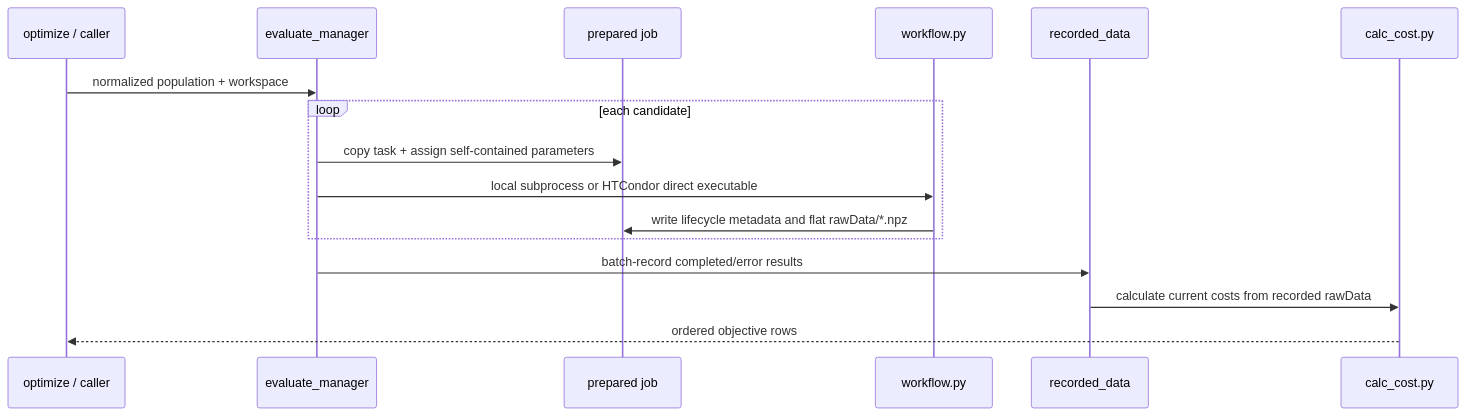
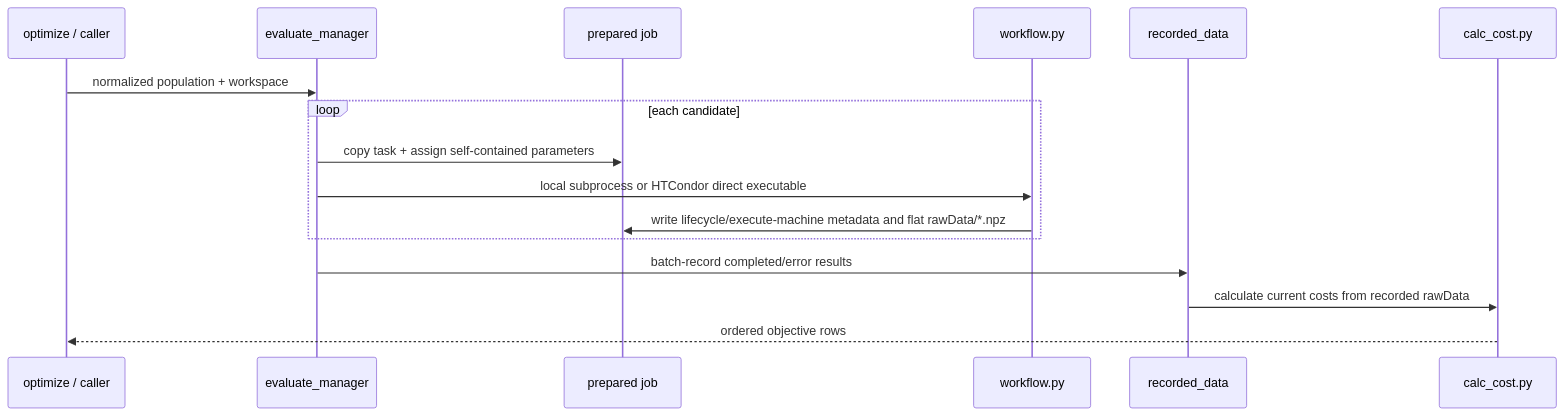
Before and after one commit to YS-Pan/yadof: the diagram in dev_doc/architecture/4plus1_process_view.md, drawn with Mermaid. The commit also changed other lines of this file and 28 other files, not shown here.

````diff
--- a/dev_doc/architecture/4plus1_process_view.md
+++ b/dev_doc/architecture/4plus1_process_view.md
@@ -5,18 +5,18 @@
 ```mermaid
 sequenceDiagram
     participant O as optimize / caller
     participant E as evaluate_manager
     participant J as prepared job
     participant W as workflow.py
     participant R as recorded_data
     participant C as calc_cost.py
     O->>E: normalized population + workspace
     loop each candidate
         E->>J: copy task + assign self-contained parameters
         E->>W: local subprocess or HTCondor direct executable
-        W->>J: write lifecycle metadata and flat rawData/*.npz
+        W->>J: write lifecycle/execute-machine metadata and flat rawData/*.npz
     end
     E->>R: batch-record completed/error results
     R->>C: calculate current costs from recorded rawData
     C-->>O: ordered objective rows
 ```
````
